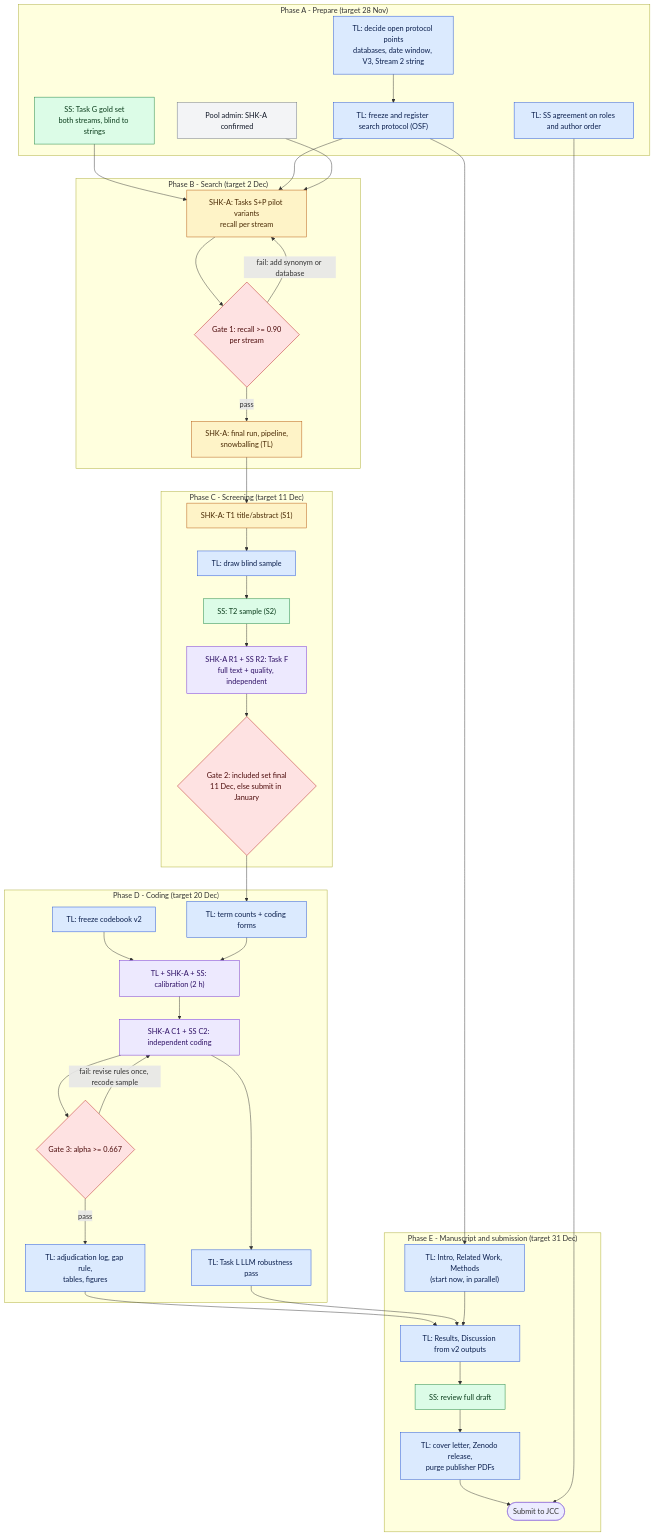
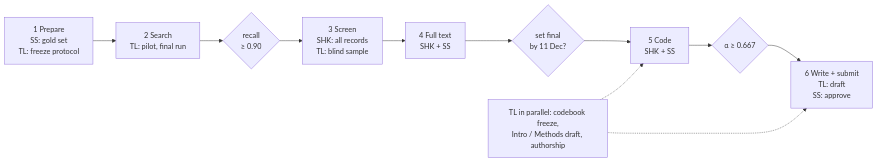
The diagram in v2/README.md (Prof-it/slr-cloud), drawn with Mermaid before and after one commit. The commit also changed other lines of this file and 2 other files, not shown here.

Commit message:
finalised and simplified the project plan

````diff
--- a/v2/README.md
+++ b/v2/README.md
@@ -26,71 +25,16 @@
 ```mermaid
-flowchart TD
-  classDef tl fill:#dbeafe,stroke:#1d4ed8,color:#0b1f4d
-  classDef ss fill:#dcfce7,stroke:#15803d,color:#0b3d1c
-  classDef shk fill:#fef3c7,stroke:#b45309,color:#4a2a05
-  classDef both fill:#ede9fe,stroke:#6d28d9,color:#2e1065
-  classDef gate fill:#fee2e2,stroke:#b91c1c,color:#4c0b0b
-  classDef ext fill:#f3f4f6,stroke:#6b7280,color:#111827
-
-  subgraph A["Phase A - Prepare (target 28 Nov)"]
-    A1["TL: decide open protocol points<br/>databases, date window, V3, Stream 2 string"]
-    A2["SS: Task G gold set<br/>both streams, blind to strings"]
-    A3["TL: SS agreement on roles and author order"]
-    A4["Pool admin: SHK-A confirmed"]
-    A5["TL: freeze and register search protocol (OSF)"]
-  end
-  subgraph B["Phase B - Search (target 2 Dec)"]
-    B1["SHK-A: Tasks S+P pilot variants<br/>recall per stream"]
-    G1{"Gate 1: recall >= 0.90<br/>per stream"}
-    B2["SHK-A: final run, pipeline,<br/>snowballing (TL)"]
-  end
-  subgraph C["Phase C - Screening (target 11 Dec)"]
-    C1["SHK-A: T1 title/abstract (S1)"]
-    C2["TL: draw blind sample"]
-    C3["SS: T2 sample (S2)"]
-    C4["SHK-A R1 + SS R2: Task F<br/>full text + quality, independent"]
-    G2{"Gate 2: included set final<br/>11 Dec, else submit in January"}
-  end
-  subgraph D["Phase D - Coding (target 20 Dec)"]
-    D0["TL: freeze codebook v2"]
-    D1["TL: term counts + coding forms"]
-    D2["TL + SHK-A + SS: calibration (2 h)"]
-    D3["SHK-A C1 + SS C2: independent coding"]
-    G3{"Gate 3: alpha >= 0.667"}
-    D4["TL: adjudication log, gap rule,<br/>tables, figures"]
-    D5["TL: Task L LLM robustness pass"]
-  end
-  subgraph E["Phase E - Manuscript and submission (target 31 Dec)"]
-    E1["TL: Intro, Related Work, Methods<br/>(start now, in parallel)"]
-    E2["TL: Results, Discussion from v2 outputs"]
-    E3["SS: review full draft"]
-    E4["TL: cover letter, Zenodo release,<br/>purge publisher PDFs"]
-    E5(["Submit to JCC"])
-  end
-
-  A1 --> A5
-  A2 --> B1
-  A5 --> B1
-  A4 --> B1
-  B1 --> G1
-  G1 -->|"pass"| B2
-  G1 -->|"fail: add synonym or database"| B1
-  B2 --> C1 --> C2 --> C3 --> C4 --> G2
-  D0 --> D2
-  G2 --> D1 --> D2 --> D3 --> G3
-  G3 -->|"pass"| D4
-  G3 -->|"fail: revise rules once, recode sample"| D3
-  D3 --> D5
-  D4 --> E2
-  D5 --> E2
-  A5 --> E1
-  E1 --> E2 --> E3 --> E4 --> E5
-  A3 --> E5
-
-  class A1,A3,A5,C2,D0,D1,D4,D5,E1,E2,E4 tl
-  class A2,C3,E3 ss
-  class B1,B2,C1 shk
-  class C4,D2,D3 both
-  class G1,G2,G3 gate
-  class A4 ext
+flowchart LR
+  P["1 Prepare<br/>SS: gold set<br/>TL: freeze protocol"]
+  S["2 Search<br/>TL: pilot, final run"]
+  T["3 Screen<br/>SHK: all records<br/>TL: blind sample"]
+  F["4 Full text<br/>SHK + SS"]
+  C["5 Code<br/>SHK + SS"]
+  W["6 Write + submit<br/>TL: draft<br/>SS: approve"]
+  G1{"recall<br/>≥ 0.90"}
+  G2{"set final<br/>by 11 Dec?"}
+  G3{"α ≥ 0.667"}
+  X["TL in parallel: codebook freeze,<br/>Intro / Methods draft, authorship"]
+  P --> S --> G1 --> T --> F --> G2 --> C --> G3 --> W
+  X -.-> C
+  X -.-> W
 ```
````
